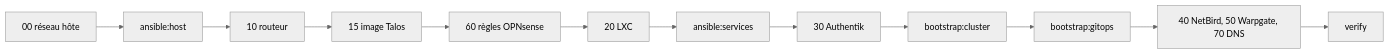
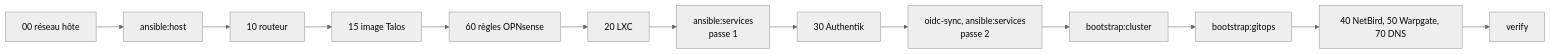
Before and after one commit to kim-tsr/penetrate-and-destroy: the second of 9 diagrams in docs/fonctionnement.md, drawn with Mermaid (neutral theme). The commit also changed other lines of this file and 9 other files, not shown here.

Commit message:
docs(secrets): secrets partagés, clé de sauvegarde Garage, oidc-sync et task up en deux passes

````diff
--- a/docs/fonctionnement.md
+++ b/docs/fonctionnement.md
@@ -55,14 +55,15 @@
 ```mermaid
 flowchart LR
     A[00 réseau hôte] --> B[ansible:host]
     B --> C[10 routeur]
     C --> D[15 image Talos]
     D --> E[60 règles OPNsense]
     E --> F[20 LXC]
-    F --> G[ansible:services]
+    F --> G[ansible:services<br/>passe 1]
     G --> H[30 Authentik]
-    H --> I[bootstrap:cluster]
+    H --> H2[oidc-sync, ansible:services<br/>passe 2]
+    H2 --> I[bootstrap:cluster]
     I --> J[bootstrap:gitops]
     J --> K[40 NetBird, 50 Warpgate, 70 DNS]
     K --> L[verify]
 ```
````
